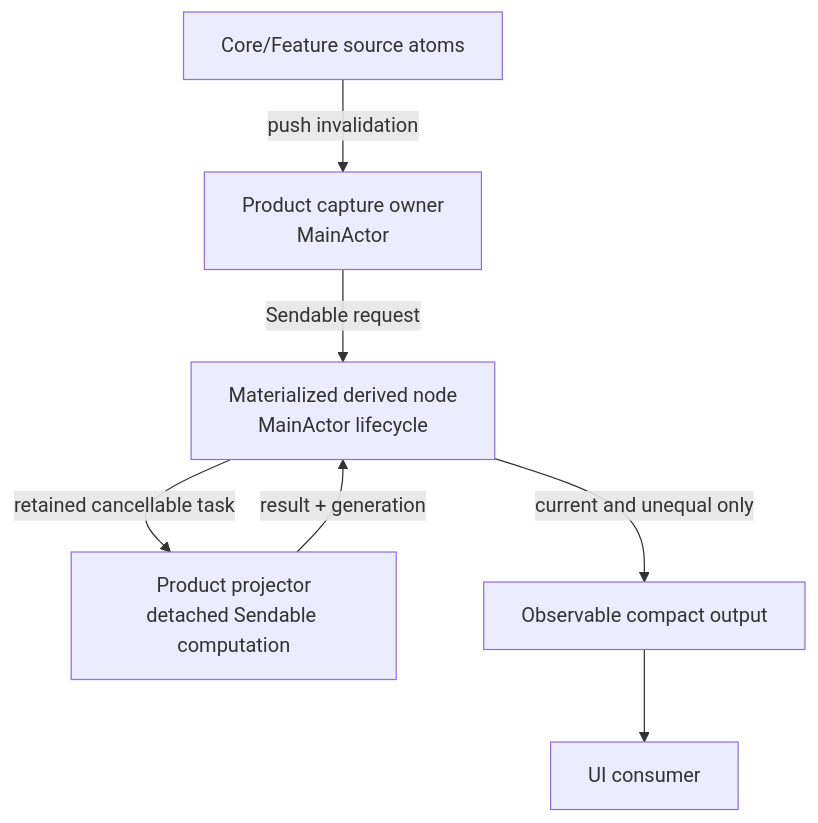
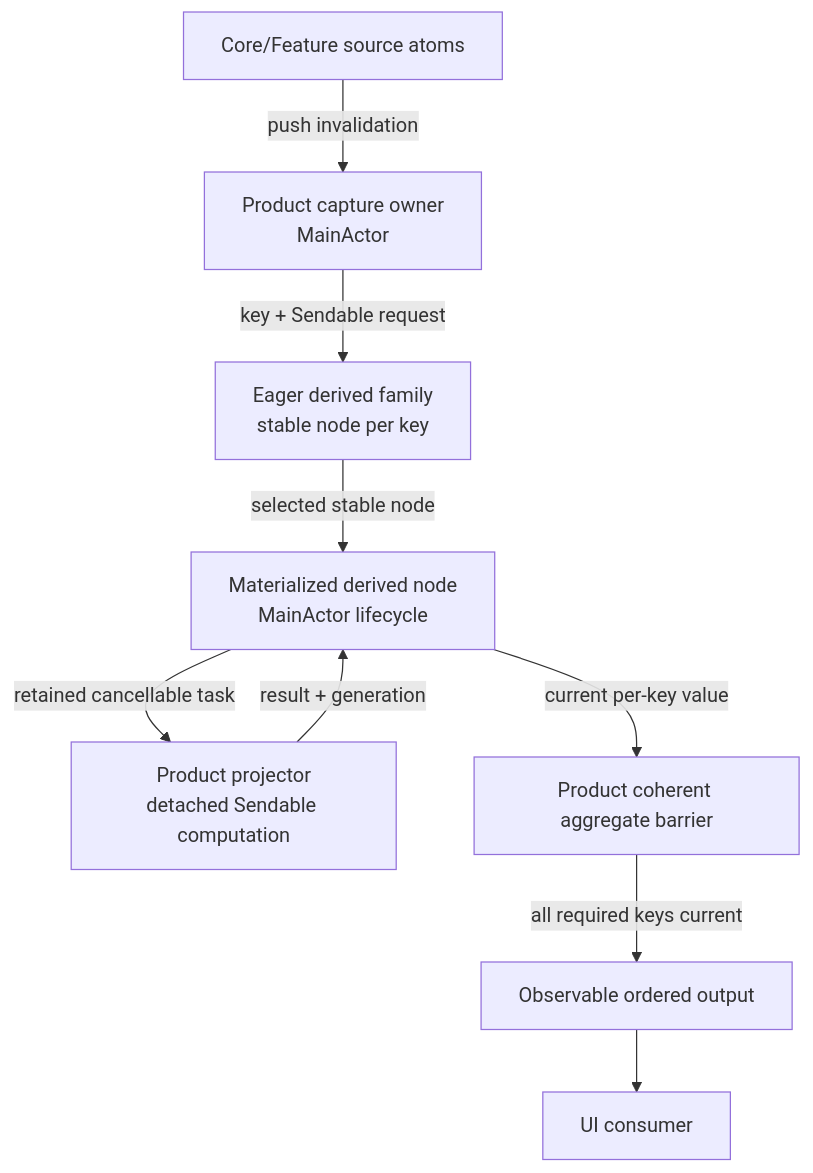
Before and after one commit to ShravanSunder/agentstudio: the second of 4 diagrams in docs/specs/2026-07-31-reactive-state-system/2026-07-31-off-main-materialization-and-lifecycle-program-design.md, drawn with Mermaid. The commit also changed other lines of this file and 10 other files, not shown here.

````diff
--- a/docs/specs/2026-07-31-reactive-state-system/2026-07-31-off-main-materialization-and-lifecycle-program-design.md
+++ b/docs/specs/2026-07-31-reactive-state-system/2026-07-31-off-main-materialization-and-lifecycle-program-design.md
@@ -179,16 +191,20 @@
 ```mermaid
 flowchart TD
     Source["Core/Feature source atoms"]
     Capture["Product capture owner<br/>MainActor"]
+    Family["Eager derived family<br/>stable node per key"]
     Node["Materialized derived node<br/>MainActor lifecycle"]
     Worker["Product projector<br/>detached Sendable computation"]
-    Output["Observable compact output"]
+    Barrier["Product coherent aggregate barrier"]
+    Output["Observable ordered output"]
     UI["UI consumer"]
 
     Source -->|push invalidation| Capture
-    Capture -->|Sendable request| Node
+    Capture -->|key + Sendable request| Family
+    Family -->|selected stable node| Node
     Node -->|retained cancellable task| Worker
     Worker -->|result + generation| Node
-    Node -->|current and unequal only| Output
+    Node -->|current per-key value| Barrier
+    Barrier -->|all required keys current| Output
     Output --> UI
 ```
````
